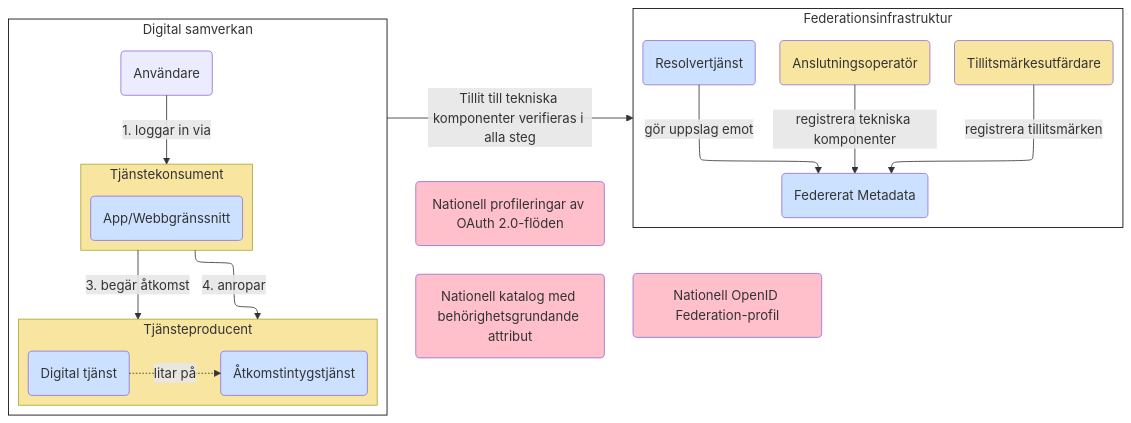
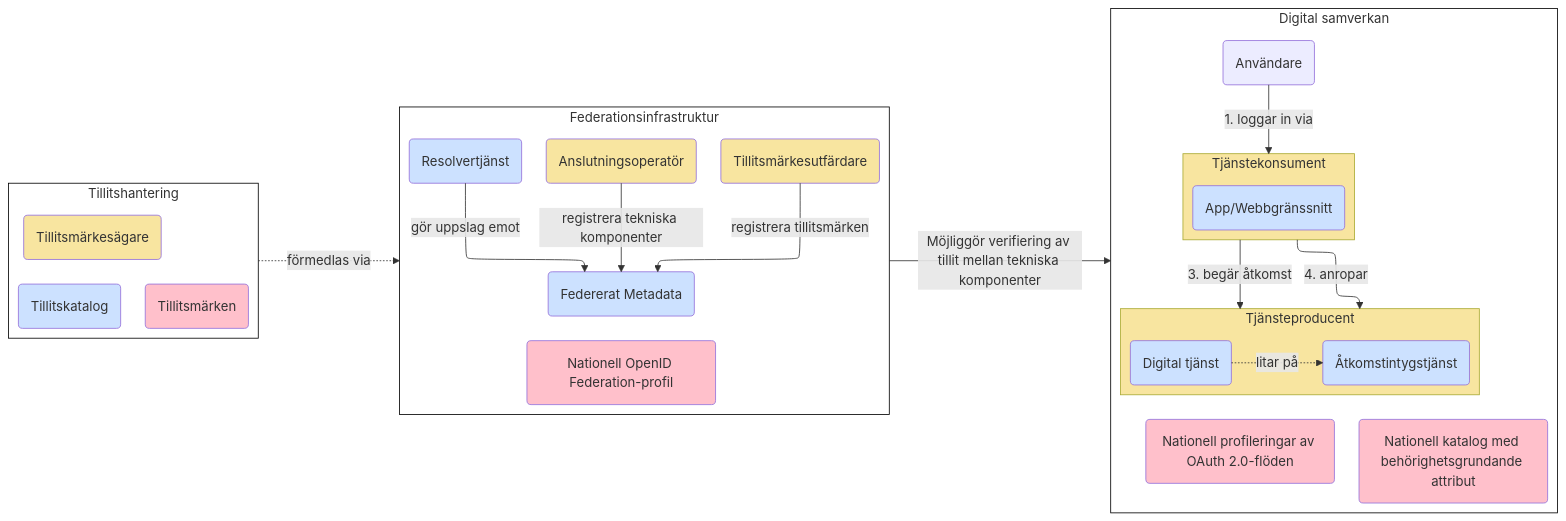
One commit to diggsweden/ena-authorization changed the tenth of 10 diagrams in architecture/drafts/IAM_TargetArchitecture_Sweden.md. Above: the diagram before and after it, drawn with Mermaid. The commit also changed other lines of this file, not shown here.

Commit message:
Uppdaterad

````diff
--- a/architecture/drafts/IAM_TargetArchitecture_Sweden.md
+++ b/architecture/drafts/IAM_TargetArchitecture_Sweden.md
@@ -432,52 +435,62 @@
 ```mermaid
 %%{init: {"flowchart": {"defaultRenderer": "elk"}} }%%
 flowchart LR
 
 classDef org fill:#F8E5A0
 classDef comp fill:#CCE1FF
 classDef box fill:#ffffff,stroke:#000000
 classDef spec fill:#FFC0CB
 
 subgraph ds[Digital samverkan]
     direction TB
 
     u(Användare)
     subgraph tk[Tjänstekonsument]
         k(App/Webbgränssnitt):::comp
     end
     tk:::org
     u --<p>1. loggar in via-->tk
 
     subgraph tp[Tjänsteproducent]
         t(Digital tjänst)-.litar på.->as(Åtkomstintygstjänst)
         t:::comp
         as:::comp
     end
     tp:::org
+    oauth(Nationell profileringar av OAuth 2.0-flöden):::spec  
+    beh(Nationell katalog med behörighetsgrundande attribut):::spec
+
     tk--<p>4. anropar-->tp
     tk--<p>3. begär åtkomst-->tp
+    tp ~~~ oauth & beh
 end
 ds:::box
 
 subgraph fed[Federationsinfrastruktur]
     direction TB
     r(Resolvertjänst):::comp
     op(Anslutningsoperatör):::org
     tmop(Tillitsmärkesutfärdare):::org
     m(Federerat Metadata):::comp
+    oidf(Nationell OpenID Federation-profil):::spec
 
     tmop--registrera tillitsmärken-->m
     op--registrera tekniska komponenter-->m
     r--gör uppslag emot -->m
+    m~~~oidf
 end
 fed:::box
 
-ds--<p>Tillit till tekniska komponenter verifieras i alla steg-->fed
+subgraph tillit[Tillitshantering]
+    direction TB
+    tmk(Tillitskatalog):::comp
+    tm(Tillitsmärken):::spec
+    tmä(Tillitsmärkesägare):::org
+    tmä ~~~ tm & tmk
+end
+tillit:::box
 
-oauth(Nationell profileringar av OAuth 2.0-flöden):::spec  
-beh(Nationell katalog med behörighetsgrundande attribut):::spec
-oidf(Nationell OpenID Federation-profil):::spec
-
-ds ~~~ oauth & beh ~~~ oidf
+fed--Möjliggör verifiering av tillit mellan tekniska komponenter-->ds
+tillit-.förmedlas via.->fed
 
 ```
````
